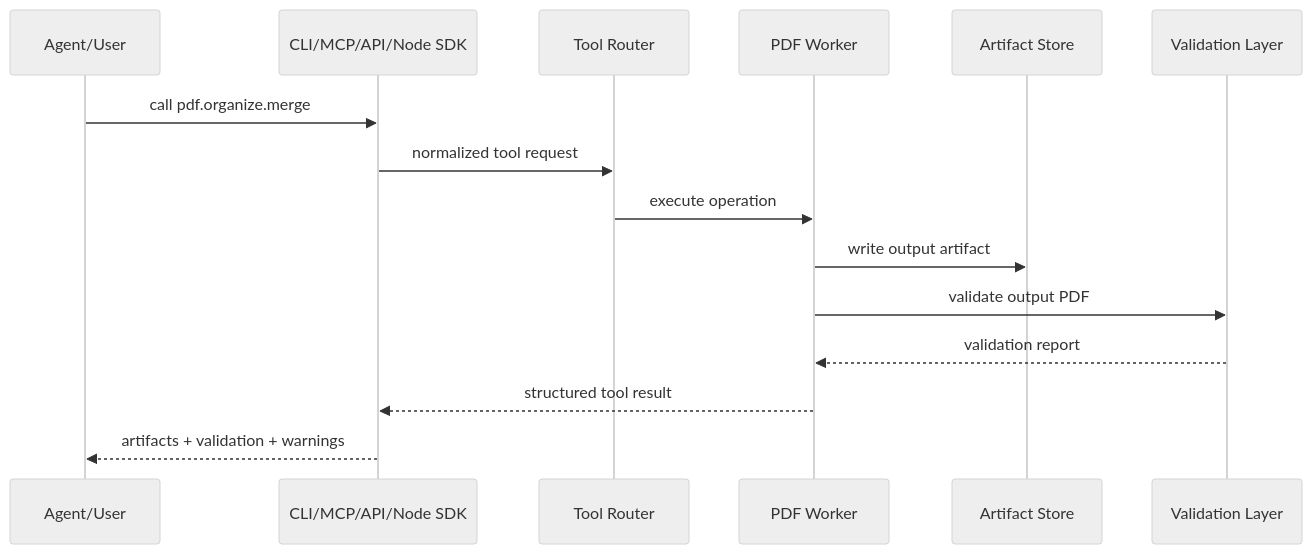
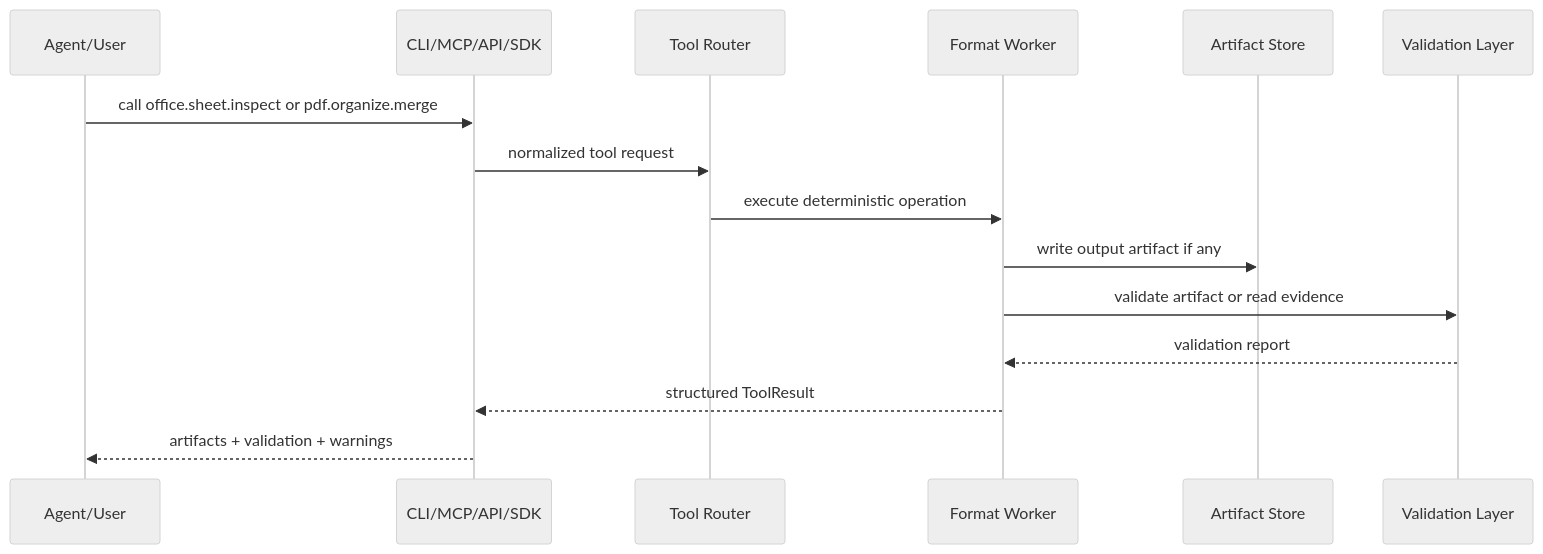
Before and after one commit to tover0314-w/OKoffice: the first of 3 diagrams in docs/03_ARCHITECTURE.md, drawn with Mermaid (neutral theme). The commit also changed other lines of this file and 67 other files, not shown here.

````diff
--- a/docs/03_ARCHITECTURE.md
+++ b/docs/03_ARCHITECTURE.md
@@ -41,18 +68,18 @@
 ```mermaid
 sequenceDiagram
   participant User as Agent/User
-  participant API as CLI/MCP/API/Node SDK
+  participant API as CLI/MCP/API/SDK
   participant Router as Tool Router
-  participant Worker as PDF Worker
+  participant Worker as Format Worker
   participant Store as Artifact Store
   participant Validate as Validation Layer
 
-  User->>API: call pdf.organize.merge
+  User->>API: call office.sheet.inspect or pdf.organize.merge
   API->>Router: normalized tool request
-  Router->>Worker: execute operation
-  Worker->>Store: write output artifact
-  Worker->>Validate: validate output PDF
+  Router->>Worker: execute deterministic operation
+  Worker->>Store: write output artifact if any
+  Worker->>Validate: validate artifact or read evidence
   Validate-->>Worker: validation report
-  Worker-->>API: structured tool result
+  Worker-->>API: structured ToolResult
   API-->>User: artifacts + validation + warnings
 ```
````
